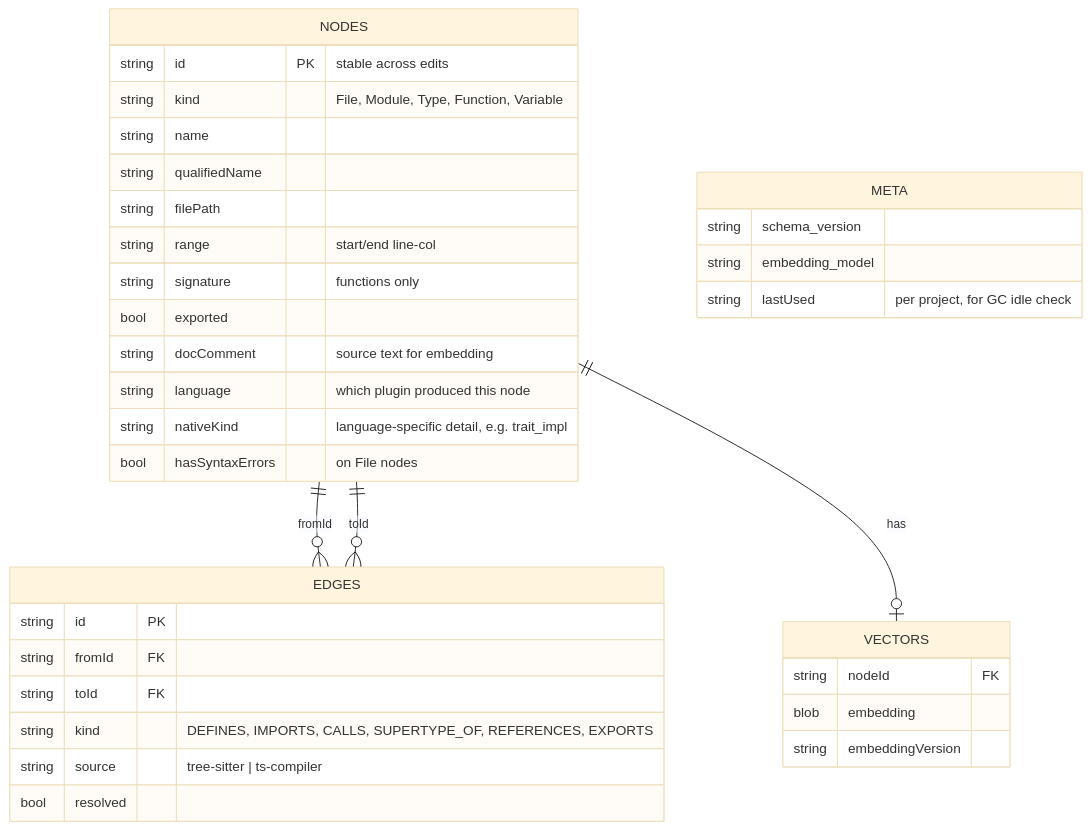
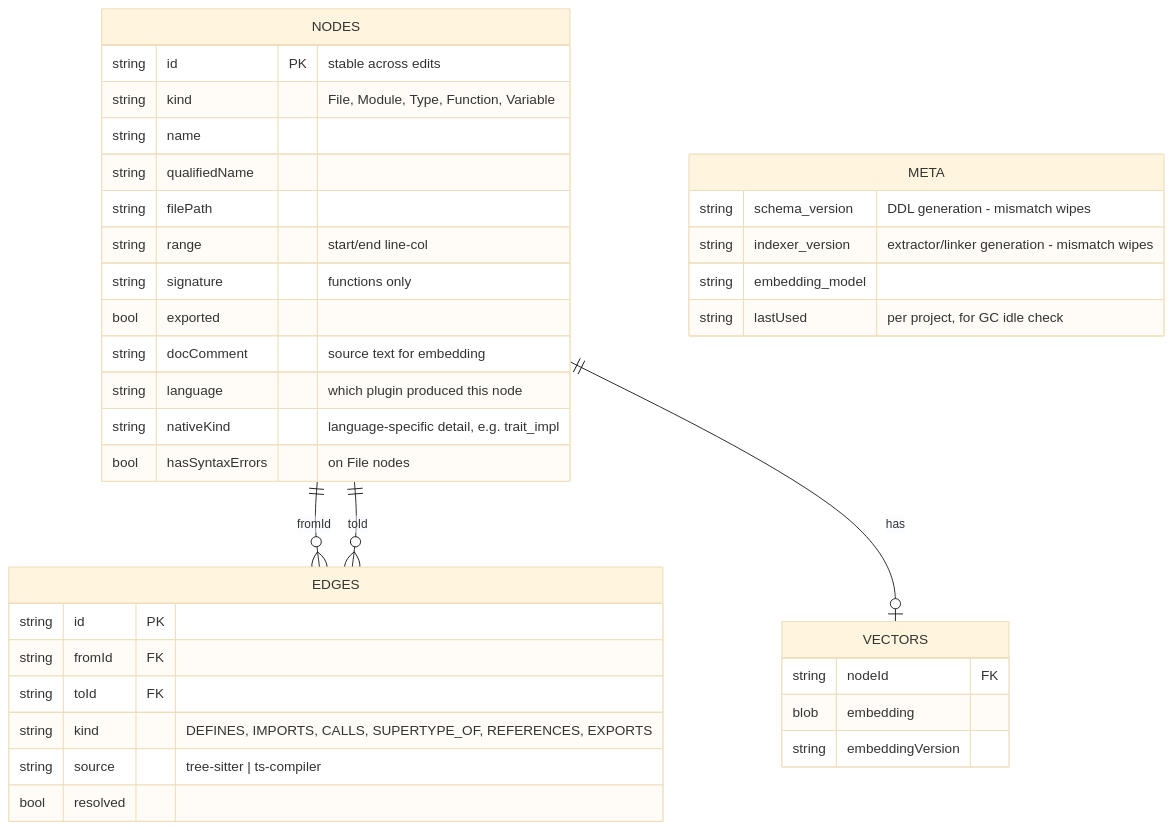
The fifth of 5 diagrams in docs/architecture/g-mesh-v1.md (madmurdok/g-mesh), drawn with Mermaid (base theme) before and after one commit. The commit also changed other lines of this file and 3 other files, not shown here.

First line of the commit message:
fix: invalidate an index whose indexer generation is no longer current

````diff
--- a/docs/architecture/g-mesh-v1.md
+++ b/docs/architecture/g-mesh-v1.md
@@ -376,38 +376,39 @@
 ```mermaid
 erDiagram
     NODES {
         string id PK "stable across edits"
         string kind "File, Module, Type, Function, Variable"
         string name
         string qualifiedName
         string filePath
         string range "start/end line-col"
         string signature "functions only"
         bool exported
         string docComment "source text for embedding"
         string language "which plugin produced this node"
         string nativeKind "language-specific detail, e.g. trait_impl"
         bool hasSyntaxErrors "on File nodes"
     }
     EDGES {
         string id PK
         string fromId FK
         string toId FK
         string kind "DEFINES, IMPORTS, CALLS, SUPERTYPE_OF, REFERENCES, EXPORTS"
         string source "tree-sitter | ts-compiler"
         bool resolved
     }
     VECTORS {
         string nodeId FK
         blob embedding
         string embeddingVersion
     }
     META {
-        string schema_version
+        string schema_version "DDL generation - mismatch wipes"
+        string indexer_version "extractor/linker generation - mismatch wipes"
         string embedding_model
         string lastUsed "per project, for GC idle check"
     }
     NODES ||--o{ EDGES : "fromId"
     NODES ||--o{ EDGES : "toId"
     NODES ||--o| VECTORS : "has"
 ```
````
